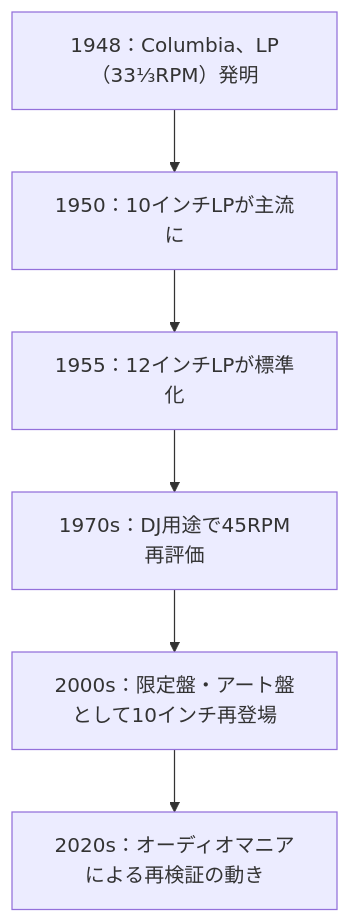
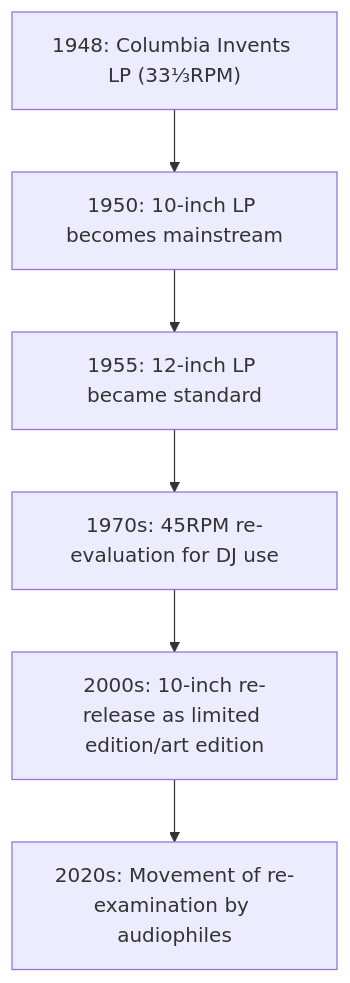
Before and after one commit to monumental-movement/monumental-movement.github.io: the first of 3 diagrams in en/_posts/2025-10-11-Colum-10-Inch-Vinyl-Tech.md, drawn with Mermaid. The commit also changed other lines of this file and 152 other files, not shown here.

```diff
--- a/en/_posts/2025-10-11-Colum-10-Inch-Vinyl-Tech.md
+++ b/en/_posts/2025-10-11-Colum-10-Inch-Vinyl-Tech.md
@@ -175,14 +175,14 @@
 <div class="mermaid">
 
 flowchart TD
-    A1948["1948：Columbia、LP（33⅓RPM）発明"]
-    A1950["1950：10インチLPが主流に"]
-    A1955["1955：12インチLPが標準化"]
-    A1970["1970s：DJ用途で45RPM再評価"]
-    A2000["2000s：限定盤・アート盤として10インチ再登場"]
-    A2020["2020s：オーディオマニアによる再検証の動き"]
+    A1948["1948: Columbia Invents LP (33⅓RPM)"]
+    A1950["1950: 10-inch LP becomes mainstream"]
+    A1955["1955: 12-inch LP became standard"]
+    A1970["1970s: 45RPM re-evaluation for DJ use"]
+    A2000["2000s: 10-inch re-release as limited edition/art edition"]
+    A2020["2020s: Movement of re-examination by audiophiles"]
 
     A1948 --> A1950 --> A1955 --> A1970 --> A2000 --> A2020
 
 
 </div>
```
